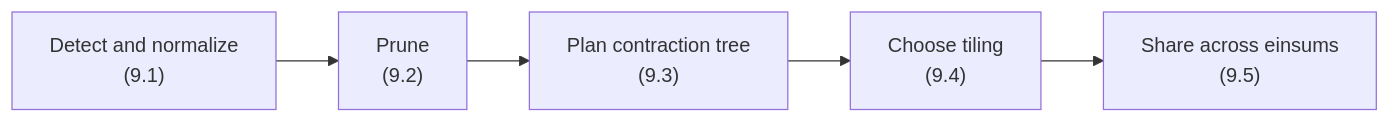
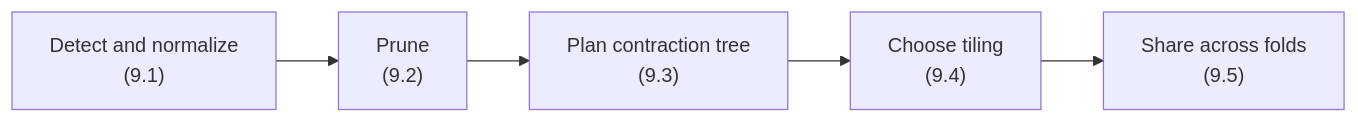
One commit to xqlsystems/einfold changed the second of 2 diagrams in docs/design.md. Above: the diagram before and after it, drawn with Mermaid. The commit also changed other lines of this file and 2 other files, not shown here.

First line of the commit message:
Make folds over joins the central object of the design (v13)

````diff
--- a/docs/design.md
+++ b/docs/design.md
@@ -336,4 +366,4 @@
 ```mermaid
 flowchart LR
-  a["Detect and normalize<br/>(9.1)"] --> b["Prune<br/>(9.2)"] --> c["Plan contraction tree<br/>(9.3)"] --> d["Choose tiling<br/>(9.4)"] --> e["Share across einsums<br/>(9.5)"]
+  a["Detect and normalize<br/>(9.1)"] --> b["Prune<br/>(9.2)"] --> c["Plan contraction tree<br/>(9.3)"] --> d["Choose tiling<br/>(9.4)"] --> e["Share across folds<br/>(9.5)"]
 ```
````
